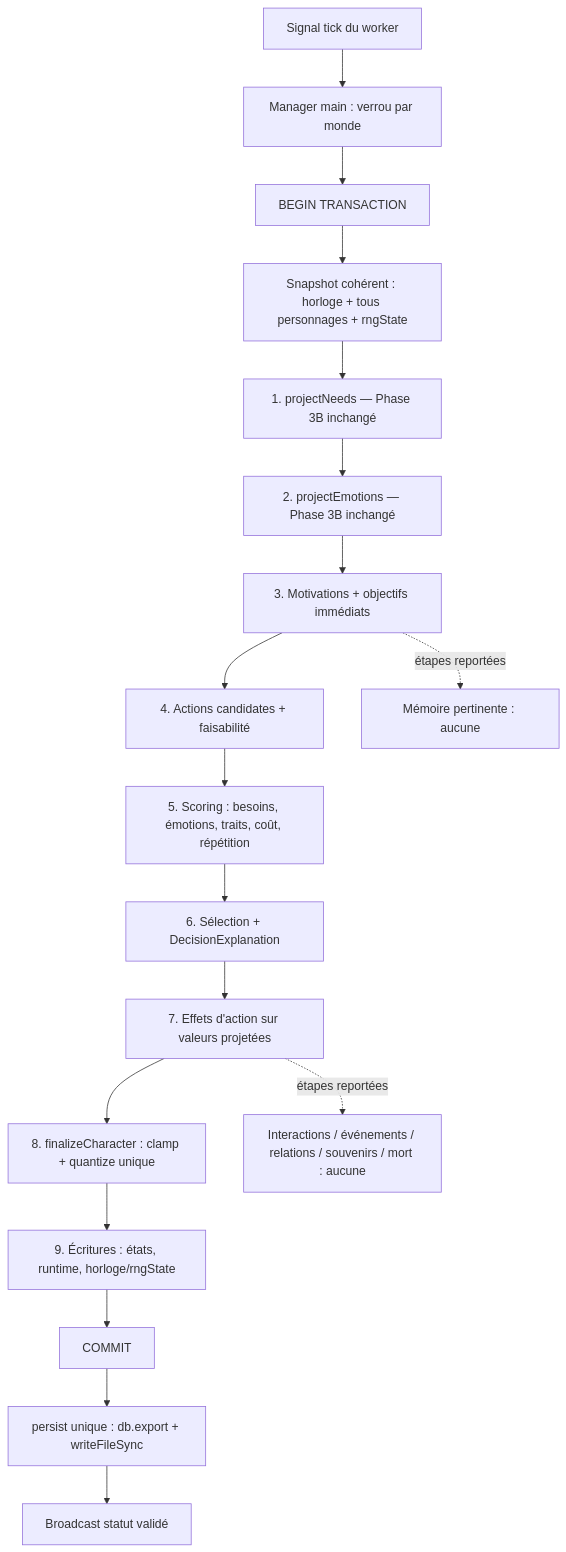
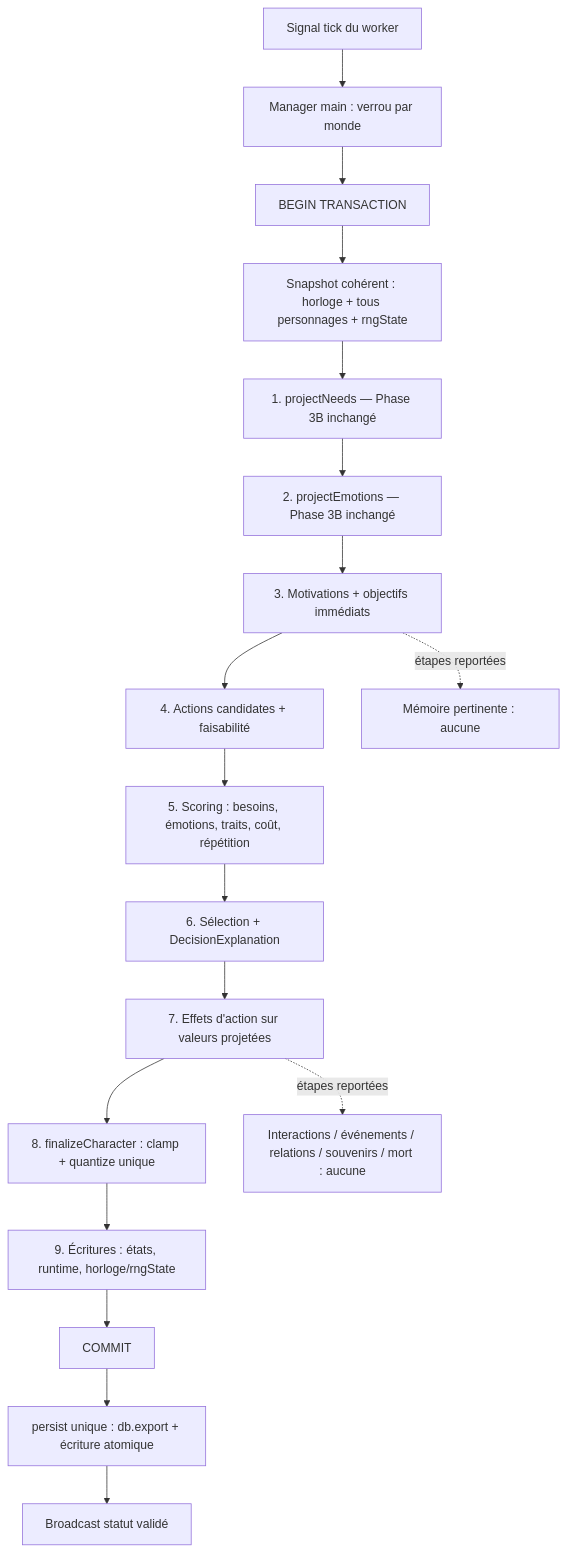
The first of 2 diagrams in docs/AUTONOMOUS_DECISION_SYSTEM.md (LanjaFii/digital-life), drawn with Mermaid before and after one commit. The commit also changed 25 other files, not shown here.

````diff
--- a/docs/AUTONOMOUS_DECISION_SYSTEM.md
+++ b/docs/AUTONOMOUS_DECISION_SYSTEM.md
@@ -82,21 +82,21 @@
 ```mermaid
 flowchart TD
     T[Signal tick du worker] --> L[Manager main : verrou par monde]
     L --> B[BEGIN TRANSACTION]
     B --> S[Snapshot cohérent : horloge + tous personnages + rngState]
     S --> N[1. projectNeeds — Phase 3B inchangé]
     N --> E[2. projectEmotions — Phase 3B inchangé]
     E --> G[3. Motivations + objectifs immédiats]
     G --> C[4. Actions candidates + faisabilité]
     C --> SC[5. Scoring : besoins, émotions, traits, coût, répétition]
     SC --> D[6. Sélection + DecisionExplanation]
     D --> X[7. Effets d'action sur valeurs projetées]
     X --> F[8. finalizeCharacter : clamp + quantize unique]
     F --> W[9. Écritures : états, runtime, horloge/rngState]
     W --> CM[COMMIT]
-    CM --> P[persist unique : db.export + writeFileSync]
+    CM --> P[persist unique : db.export + écriture atomique]
     P --> BR[Broadcast statut validé]
 
     G -.->|étapes reportées| M[Mémoire pertinente : aucune]
     X -.->|étapes reportées| EV[Interactions / événements / relations / souvenirs / mort : aucune]
 ```
````
